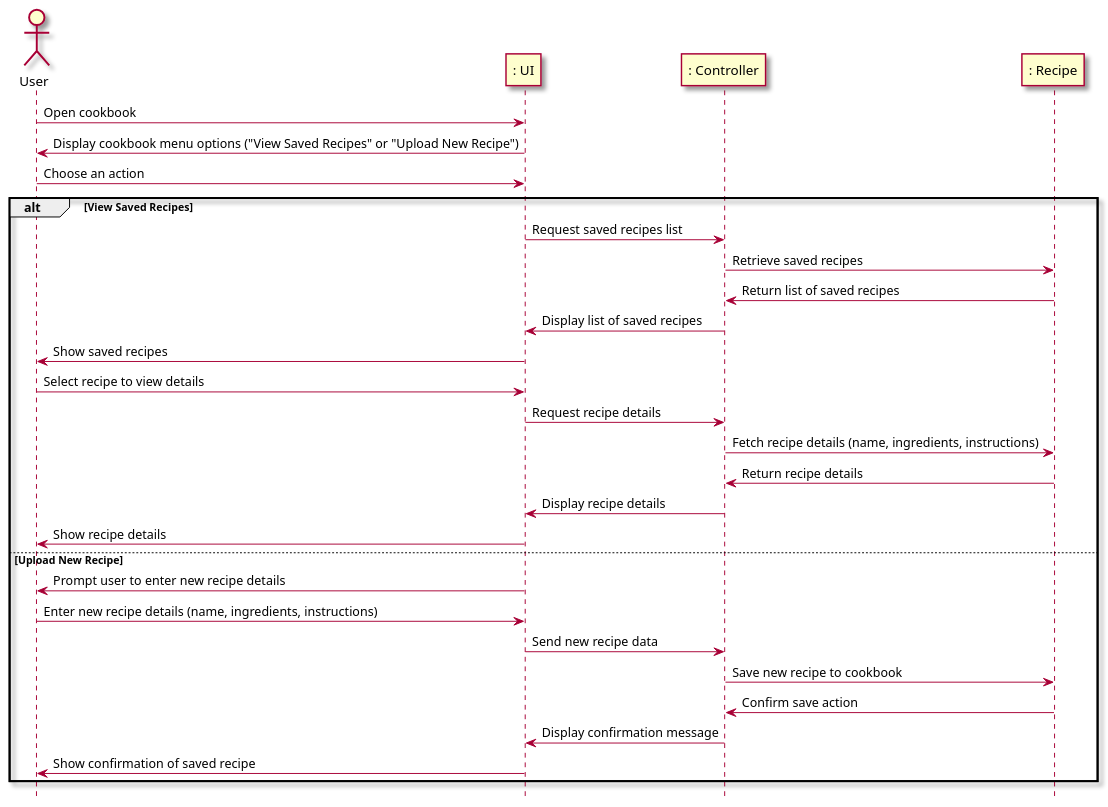
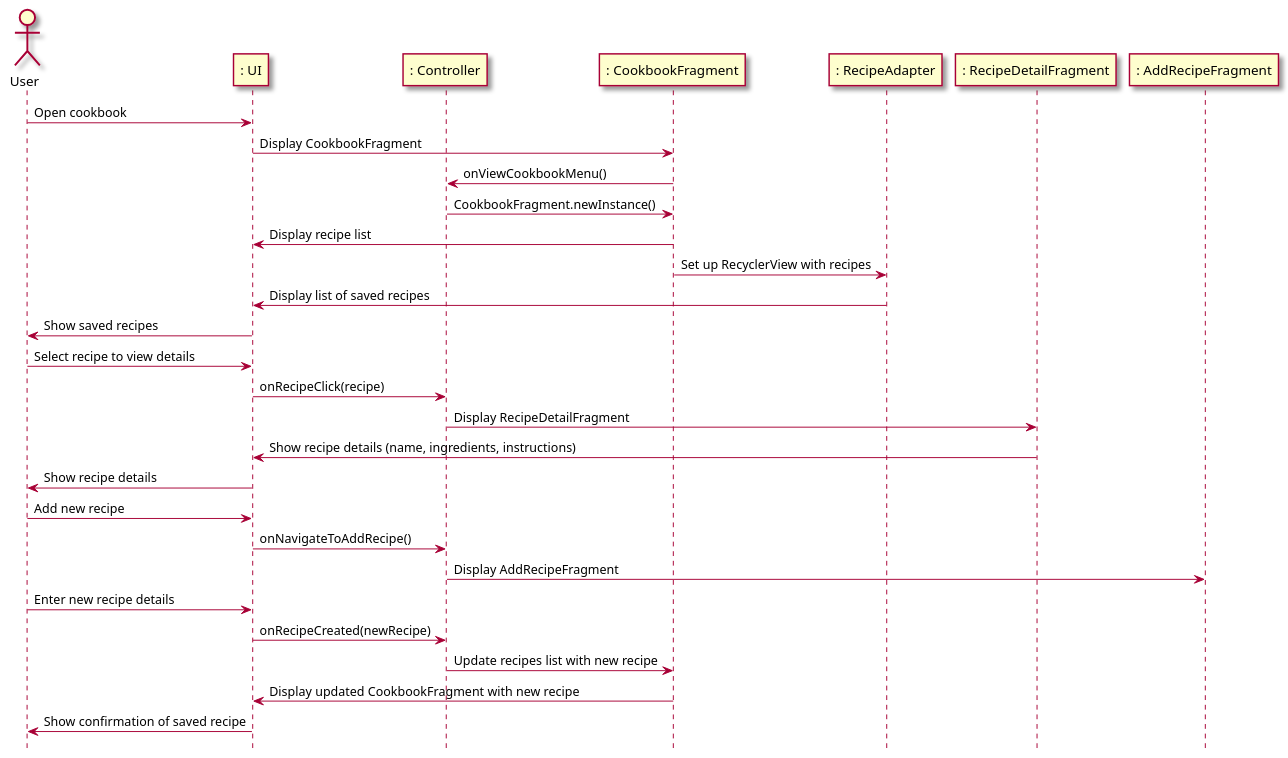
Before and after one commit to berthashipper/Pantry-Pal-Android-Application: the second of 2 diagrams in intellij/doc/use-cases/manage_cookbook.md, drawn with PlantUML. The commit also changed other lines of this file and 11 other files, not shown here.

Commit message:
Updated sequence diagrams and workflows to reflect real code

````diff
--- a/intellij/doc/use-cases/manage_cookbook.md
+++ b/intellij/doc/use-cases/manage_cookbook.md
@@ -74,41 +75,42 @@
 ```plantuml
 @startuml
 skin rose
 
 hide footbox
 
 actor User as user
 participant ": UI" as ui
 participant ": Controller" as cont
-participant ": Recipe" as rec
+participant ": CookbookFragment" as cf
+participant ": RecipeAdapter" as ra
+participant ": RecipeDetailFragment" as rdf
+participant ": AddRecipeFragment" as arf
 
 user -> ui: Open cookbook
-ui -> user: Display cookbook menu options ("View Saved Recipes" or "Upload New Recipe")
-user -> ui: Choose an action
+ui -> cf: Display CookbookFragment
+cf -> cont: onViewCookbookMenu()
+cont -> cf: CookbookFragment.newInstance()
+cf -> ui: Display recipe list
+cf -> ra: Set up RecyclerView with recipes
+ra -> ui: Display list of saved recipes
+ui -> user: Show saved recipes
 
-alt View Saved Recipes
-    ui -> cont: Request saved recipes list
-    cont -> rec: Retrieve saved recipes
-    rec -> cont: Return list of saved recipes
-    cont -> ui: Display list of saved recipes
-    ui -> user: Show saved recipes
+user -> ui: Select recipe to view details
+ui -> cont: onRecipeClick(recipe)
+cont -> rdf: Display RecipeDetailFragment
+rdf -> ui: Show recipe details (name, ingredients, instructions)
+ui -> user: Show recipe details
 
-    user -> ui: Select recipe to view details
-    ui -> cont: Request recipe details
-    cont -> rec: Fetch recipe details (name, ingredients, instructions)
-    rec -> cont: Return recipe details
-    cont -> ui: Display recipe details
-    ui -> user: Show recipe details
+user -> ui: Add new recipe
+ui -> cont: onNavigateToAddRecipe()
+cont -> arf: Display AddRecipeFragment
 
-else Upload New Recipe
-    ui -> user: Prompt user to enter new recipe details
-    user -> ui: Enter new recipe details (name, ingredients, instructions)
-    ui -> cont: Send new recipe data
-    cont -> rec: Save new recipe to cookbook
-    rec -> cont: Confirm save action
-    cont -> ui: Display confirmation message
-    ui -> user: Show confirmation of saved recipe
-end
+user -> ui: Enter new recipe details
+ui -> cont: onRecipeCreated(newRecipe)
+cont -> cf: Update recipes list with new recipe
+cf -> ui: Display updated CookbookFragment with new recipe
+ui -> user: Show confirmation of saved recipe
 
 @enduml
+
 ```
````
